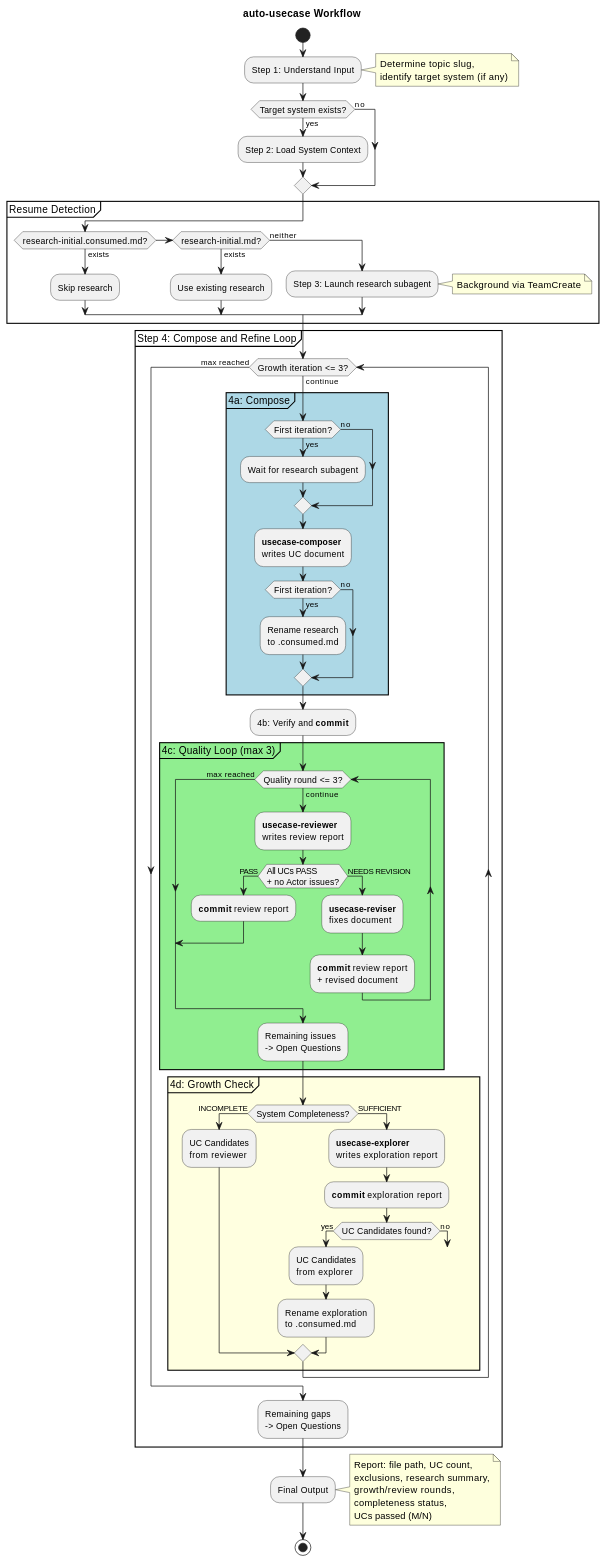
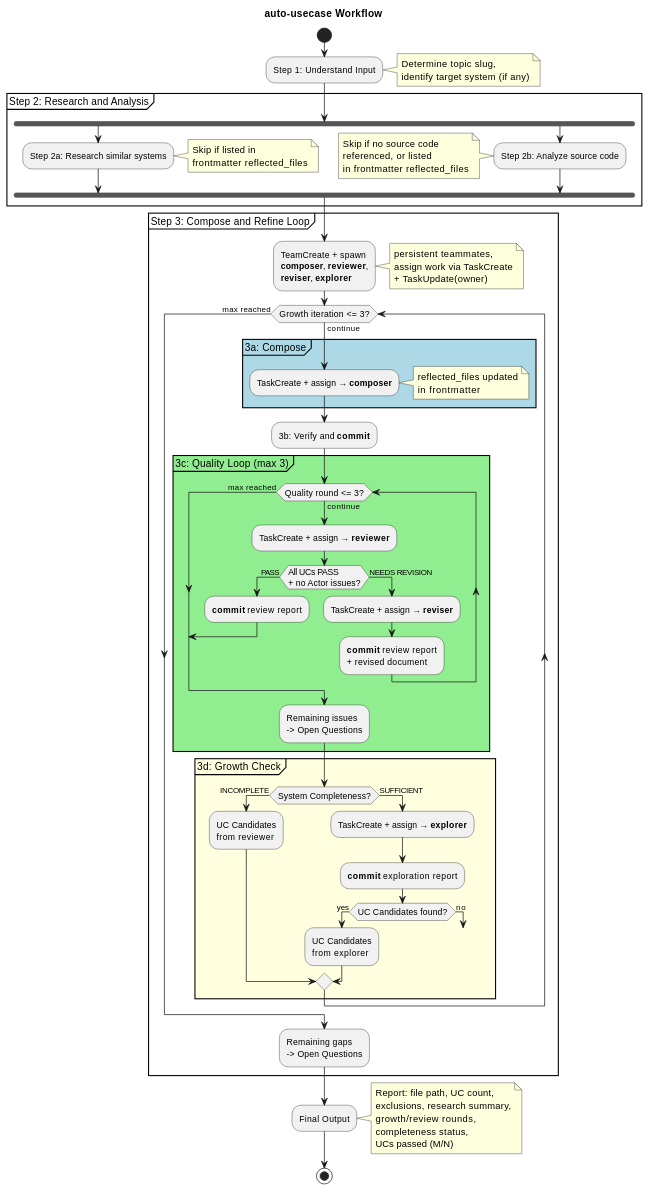
Before and after one commit to studykit/studykit-marketplace: the diagram in plugins/workflow/skills/auto-usecase/README.md, drawn with PlantUML. The commit also changed other lines of this file and 8 other files, not shown here.

```diff
--- a/plugins/workflow/skills/auto-usecase/README.md
+++ b/plugins/workflow/skills/auto-usecase/README.md
@@ -17,65 +17,61 @@
   identify target system (if any)
 end note
 
-if (Target system exists?) then (yes)
-  :Step 2: Load System Context;
-else (no)
-endif
-
-partition "Resume Detection" {
-  if (research-initial.consumed.md?) then (exists)
-    :Skip research;
-  elseif (research-initial.md?) then (exists)
-    :Use existing research;
-  else (neither)
-    :Step 3: Launch research subagent;
-    note right: Background via TeamCreate
-  endif
+partition "Step 2: Research and Analysis" {
+  fork
+    :Step 2a: Research similar systems;
+    note right
+      Skip if listed in
+      frontmatter reflected_files
+    end note
+  fork again
+    :Step 2b: Analyze source code;
+    note left
+      Skip if no source code
+      referenced, or listed
+      in frontmatter reflected_files
+    end note
+  end fork
 }
 
-partition "Step 4: Compose and Refine Loop" {
+partition "Step 3: Compose and Refine Loop" {
+
+  :TeamCreate + spawn\n**composer**, **reviewer**,\n**reviser**, **explorer**;
+  note right: persistent teammates,\nassign work via TaskCreate\n+ TaskUpdate(owner)
 
   while (Growth iteration <= 3?) is (continue)
 
-    partition "4a: Compose" #LightBlue {
-      if (First iteration?) then (yes)
-        :Wait for research subagent;
-      else (no)
-      endif
-      :**usecase-composer**\nwrites UC document;
-      if (First iteration?) then (yes)
-        :Rename research\nto .consumed.md;
-      else (no)
-      endif
+    partition "3a: Compose" #LightBlue {
+      :TaskCreate + assign → **composer**;
+      note right: reflected_files updated\nin frontmatter
     }
 
-    :4b: Verify and **commit**;
+    :3b: Verify and **commit**;
 
-    partition "4c: Quality Loop (max 3)" #LightGreen {
+    partition "3c: Quality Loop (max 3)" #LightGreen {
       while (Quality round <= 3?) is (continue)
-        :**usecase-reviewer**\nwrites review report;
+        :TaskCreate + assign → **reviewer**;
 
         if (All UCs PASS\n+ no Actor issues?) then (PASS)
           :**commit** review report;
           break
         else (NEEDS REVISION)
-          :**usecase-reviser**\nfixes document;
+          :TaskCreate + assign → **reviser**;
           :**commit** review report\n+ revised document;
         endif
       endwhile (max reached)
       :Remaining issues\n-> Open Questions;
     }
 
-    partition "4d: Growth Check" #LightYellow {
+    partition "3d: Growth Check" #LightYellow {
       if (System Completeness?) then (INCOMPLETE)
         :UC Candidates\nfrom reviewer;
       else (SUFFICIENT)
-        :**usecase-explorer**\nwrites exploration report;
+        :TaskCreate + assign → **explorer**;
         :**commit** exploration report;
 
         if (UC Candidates found?) then (yes)
           :UC Candidates\nfrom explorer;
-          :Rename exploration\nto .consumed.md;
         else (no)
           break
         endif
```
